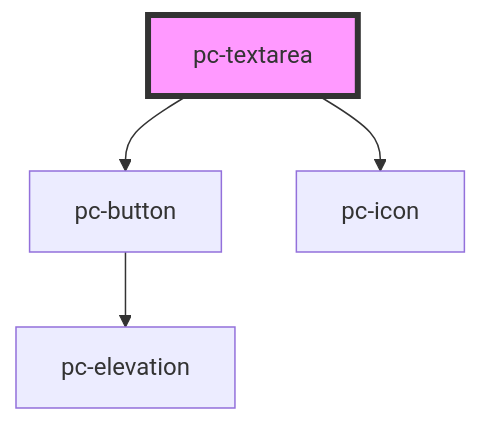
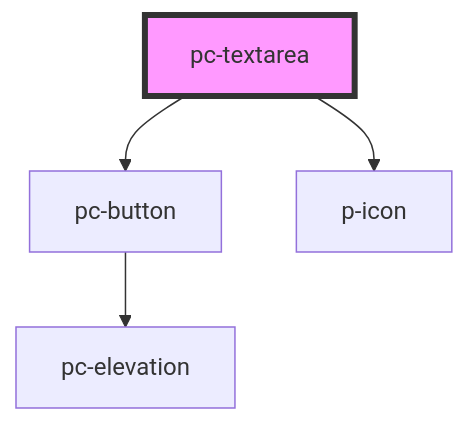
One commit to redvars/peacock changed the diagram in src/components/input-controls/input/textarea/readme.md. Above: the diagram before and after it, drawn with Mermaid. The commit also changed other lines of this file and 94 other files, not shown here.

````diff
--- a/src/components/input-controls/input/textarea/readme.md
+++ b/src/components/input-controls/input/textarea/readme.md
@@ -87,7 +87,7 @@
 ```mermaid
 graph TD;
   pc-textarea --> pc-button
-  pc-textarea --> pc-icon
+  pc-textarea --> p-icon
   pc-button --> pc-elevation
   style pc-textarea fill:#f9f,stroke:#333,stroke-width:4px
 ```
````
